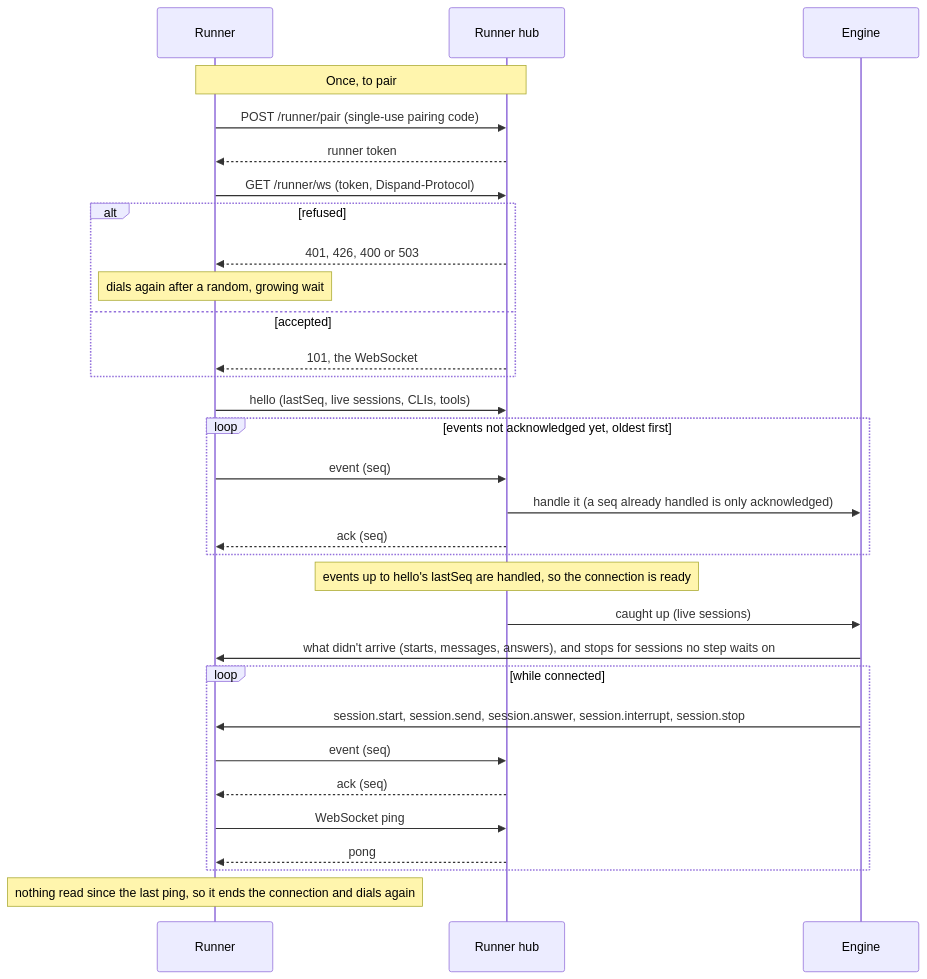
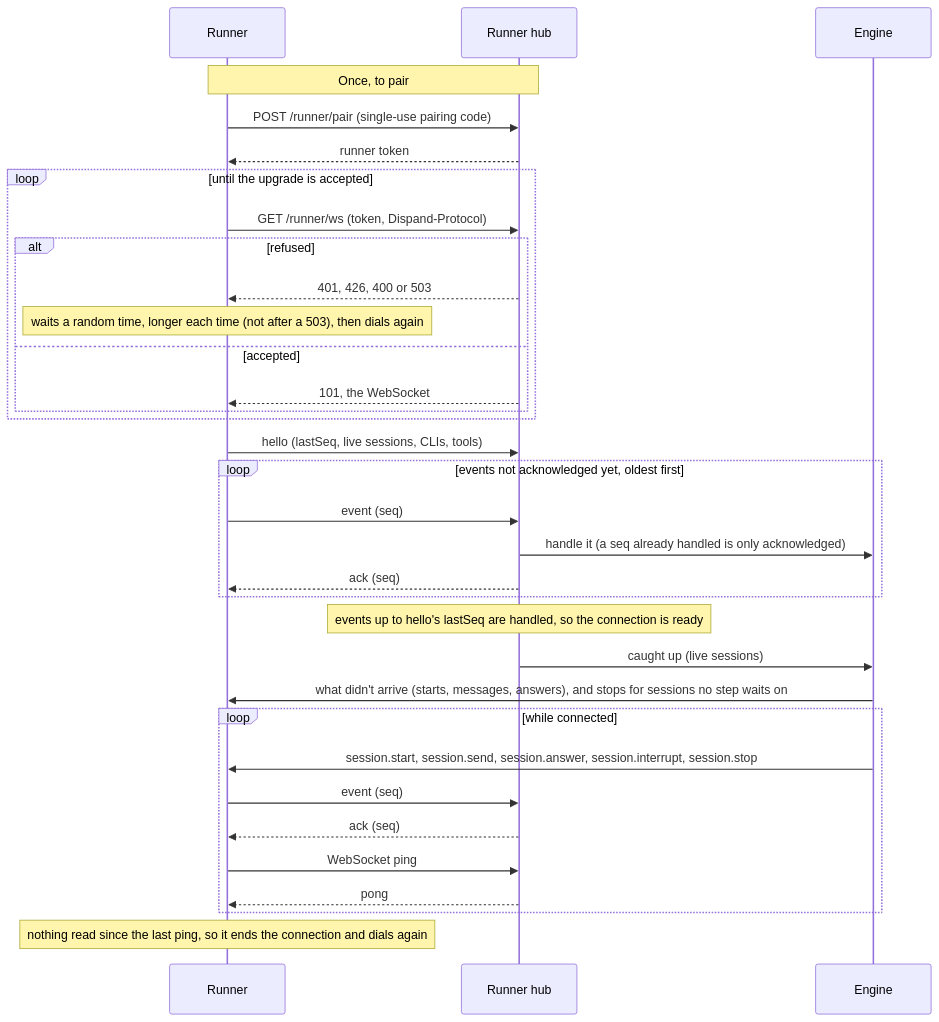
One commit to polystartup/dispand changed the sixth of 6 diagrams in docs/architecture/diagrams.md. Above: the diagram before and after it, drawn with Mermaid. The commit also changed other lines of this file and 1 other file, not shown here.

Commit message:
docs(architecture): fix the diagrams' tool path and retries, and read them with any line ending

````diff
--- a/docs/architecture/diagrams.md
+++ b/docs/architecture/diagrams.md
@@ -125,37 +129,39 @@
 ```mermaid
 sequenceDiagram
   participant R as Runner
   participant H as Runner hub
   participant E as Engine
 
   Note over R,H: Once, to pair
   R->>H: POST /runner/pair (single-use pairing code)
   H-->>R: runner token
 
-  R->>H: GET /runner/ws (token, Dispand-Protocol)
-  alt refused
-    H-->>R: 401, 426, 400 or 503
-    Note over R: dials again after a random, growing wait
-  else accepted
-    H-->>R: 101, the WebSocket
+  loop until the upgrade is accepted
+    R->>H: GET /runner/ws (token, Dispand-Protocol)
+    alt refused
+      H-->>R: 401, 426, 400 or 503
+      Note over R: waits a random time, longer each time (not after a 503), then dials again
+    else accepted
+      H-->>R: 101, the WebSocket
+    end
   end
 
   R->>H: hello (lastSeq, live sessions, CLIs, tools)
   loop events not acknowledged yet, oldest first
     R->>H: event (seq)
     H->>E: handle it (a seq already handled is only acknowledged)
     H-->>R: ack (seq)
   end
   Note over H: events up to hello's lastSeq are handled, so the connection is ready
   H->>E: caught up (live sessions)
   E->>R: what didn't arrive (starts, messages, answers), and stops for sessions no step waits on
 
   loop while connected
     E->>R: session.start, session.send, session.answer, session.interrupt, session.stop
     R->>H: event (seq)
     H-->>R: ack (seq)
     R->>H: WebSocket ping
     H-->>R: pong
   end
   Note over R: nothing read since the last ping, so it ends the connection and dials again
 ```
````
